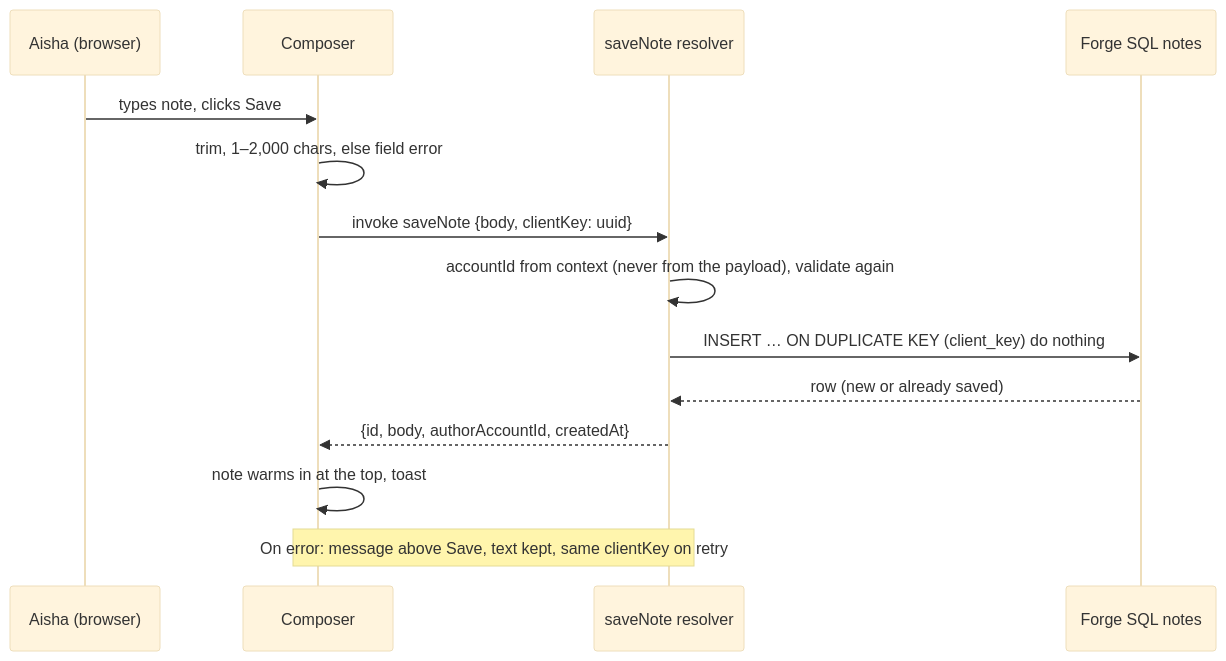
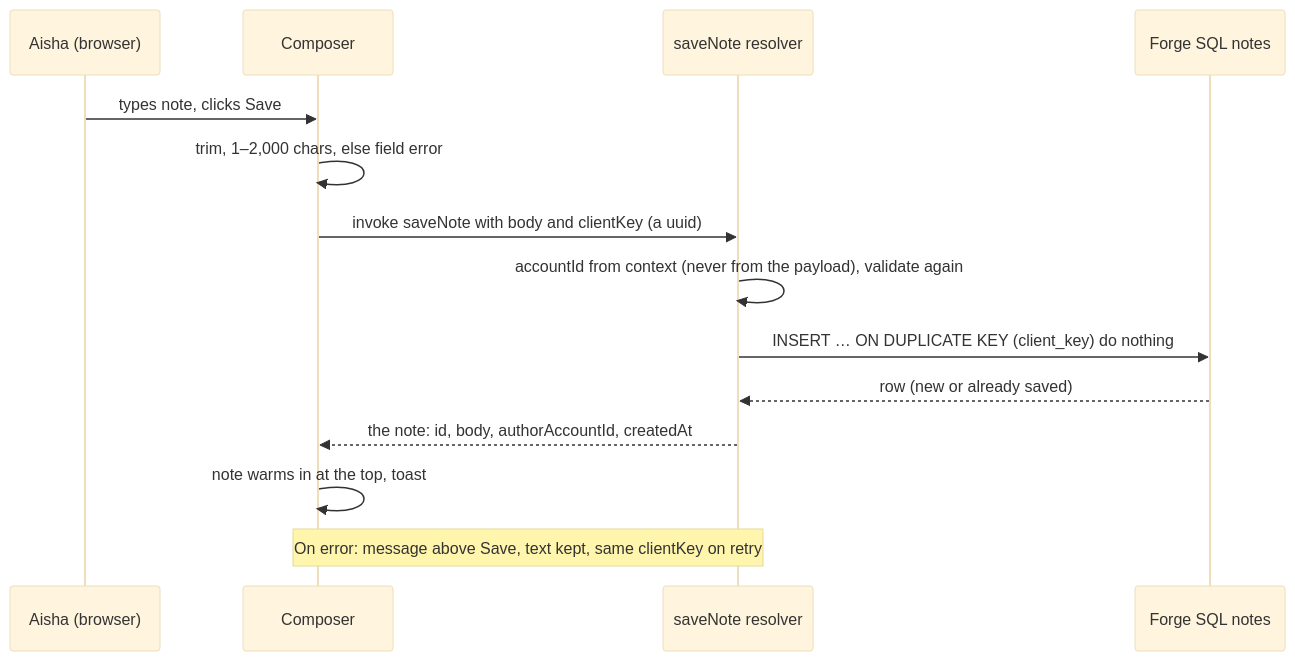
One commit to dzaffren/porchlight changed the fourth of 6 diagrams in docs/specs/skeleton.md. Above: the diagram before and after it, drawn with Mermaid (base theme). The commit also changed other lines of this file, not shown here.

Commit message:
docs(spec): drop brace pairs from the skeleton diagrams
The ship gate reads a brace pair as an unfilled placeholder. The three
diagram labels now name the same fields in plain words.

````diff
--- a/docs/specs/skeleton.md
+++ b/docs/specs/skeleton.md
@@ -183,16 +183,16 @@
 ```mermaid
 sequenceDiagram
     participant A as Aisha (browser)
     participant UI as Composer
     participant R as saveNote resolver
     participant DB as Forge SQL notes
     A->>UI: types note, clicks Save
     UI->>UI: trim, 1–2,000 chars, else field error
-    UI->>R: invoke saveNote {body, clientKey: uuid}
+    UI->>R: invoke saveNote with body and clientKey (a uuid)
     R->>R: accountId from context (never from the payload), validate again
     R->>DB: INSERT … ON DUPLICATE KEY (client_key) do nothing
     DB-->>R: row (new or already saved)
-    R-->>UI: {id, body, authorAccountId, createdAt}
+    R-->>UI: the note: id, body, authorAccountId, createdAt
     UI->>UI: note warms in at the top, toast
     Note over UI,R: On error: message above Save, text kept, same clientKey on retry
 ```
````
